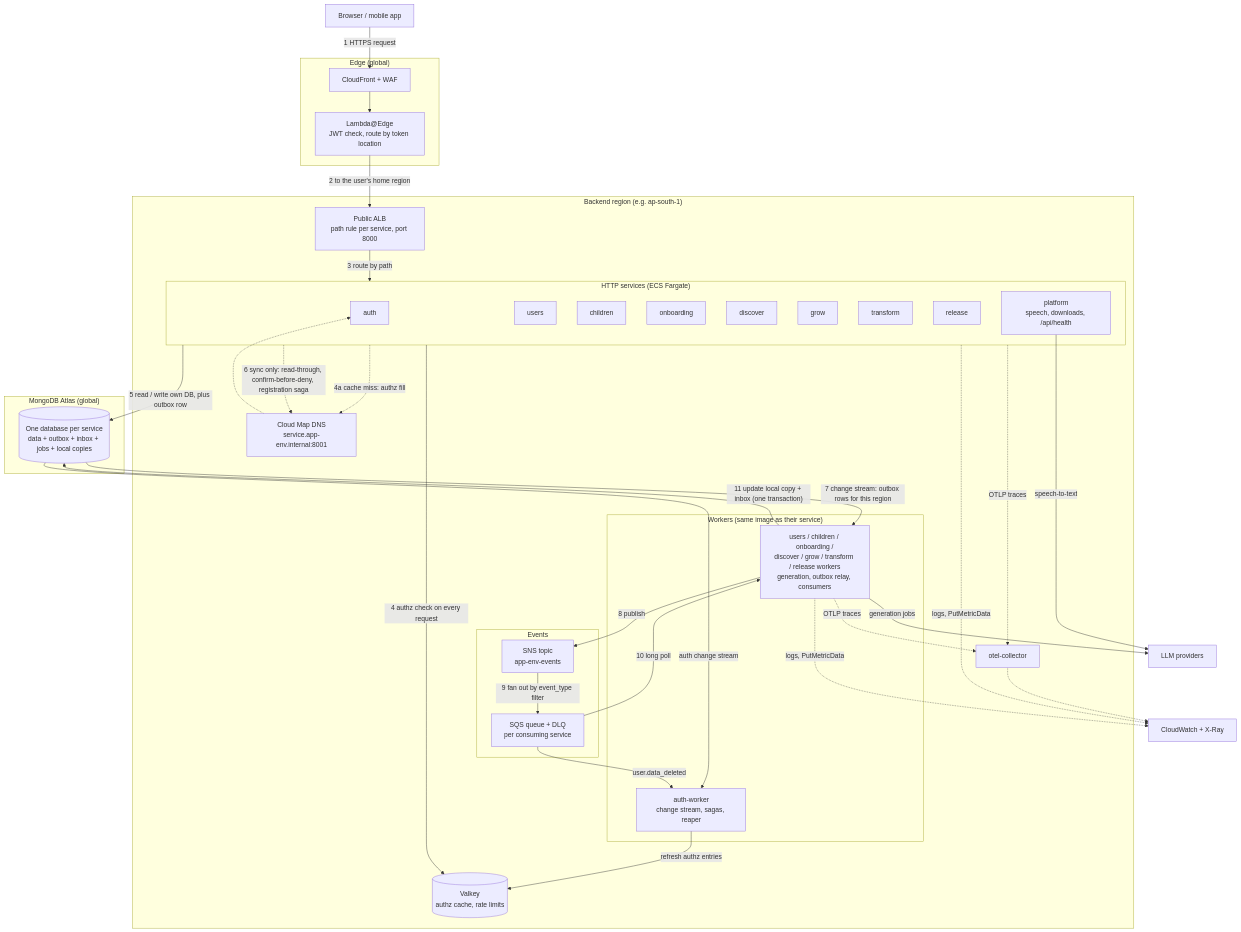
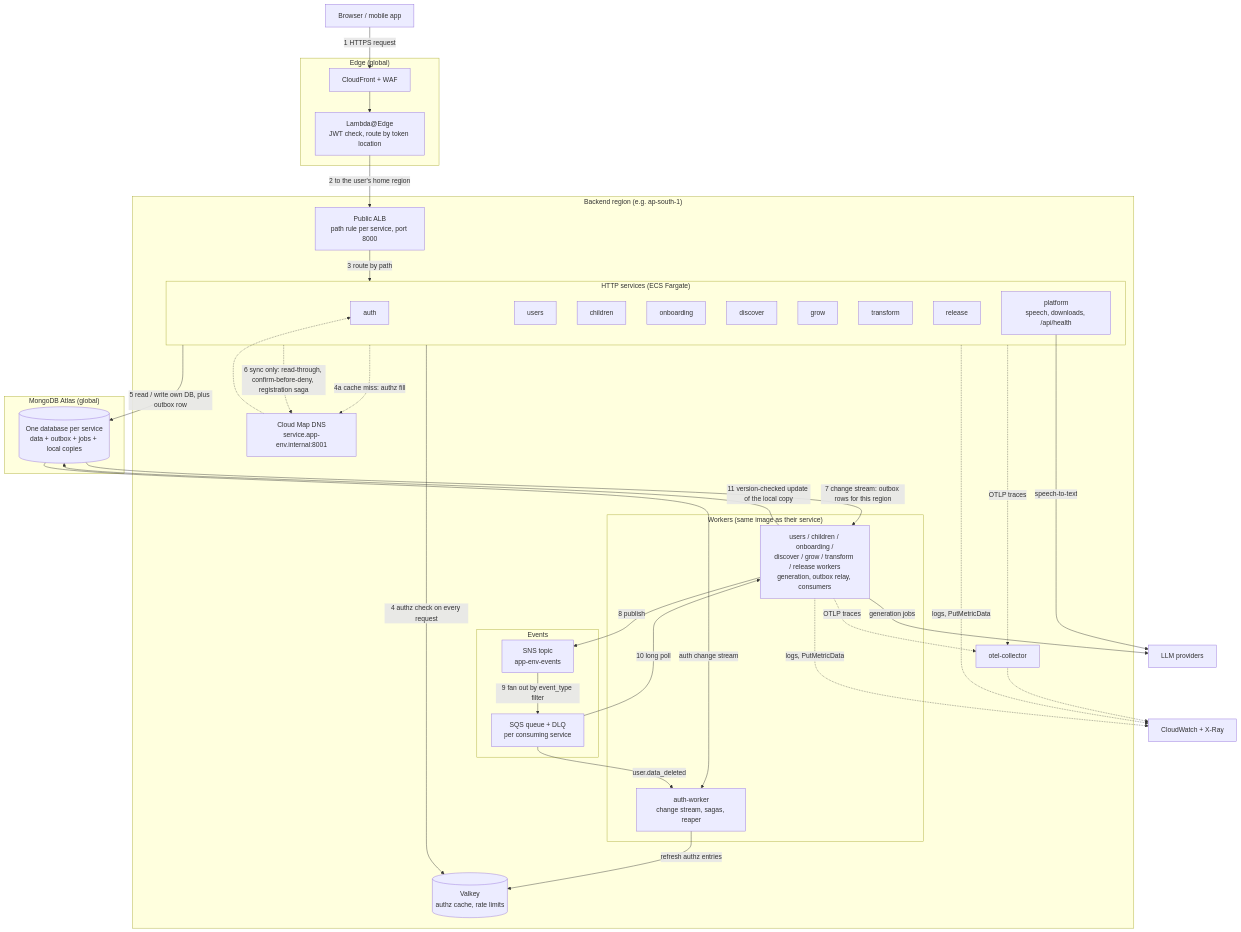
The second of 6 diagrams in docs/auth-users-split.md (pkprincekumar7/buddy-app), drawn with Mermaid before and after one commit. The commit also changed other lines of this file, not shown here.

````diff
--- a/docs/auth-users-split.md
+++ b/docs/auth-users-split.md
@@ -138,79 +138,79 @@
 ```mermaid
 flowchart TB
     user["Browser / mobile app"]
 
     subgraph edge["Edge (global)"]
         cf["CloudFront + WAF"]
         lae["Lambda@Edge<br/>JWT check, route by token location"]
     end
 
     subgraph region["Backend region (e.g. ap-south-1)"]
         alb["Public ALB<br/>path rule per service, port 8000"]
 
         subgraph http["HTTP services (ECS Fargate)"]
             auth["auth"]
             users["users"]
             children["children"]
             onboarding["onboarding"]
             discover["discover"]
             grow["grow"]
             transform["transform"]
             release["release"]
             platform["platform<br/>speech, downloads, /api/health"]
         end
 
         subgraph workers["Workers (same image as their service)"]
             authw["auth-worker<br/>change stream, sagas, reaper"]
             circlew["users / children / onboarding /<br/>discover / grow / transform / release workers<br/>generation, outbox relay, consumers"]
         end
 
         cmap["Cloud Map DNS<br/>service.app-env.internal:8001"]
         redis[("Valkey<br/>authz cache, rate limits")]
 
         subgraph bus["Events"]
             sns["SNS topic<br/>app-env-events"]
             sqs["SQS queue + DLQ<br/>per consuming service"]
         end
 
         otel["otel-collector"]
     end
 
     subgraph data["MongoDB Atlas (global)"]
-        dbs[("One database per service<br/>data + outbox + inbox + jobs + local copies")]
+        dbs[("One database per service<br/>data + outbox + jobs + local copies")]
     end
 
     llm["LLM providers"]
     obs["CloudWatch + X-Ray"]
 
     user -->|"1 HTTPS request"| cf
     cf --> lae
     lae -->|"2 to the user's home region"| alb
     alb -->|"3 route by path"| http
 
     http -->|"4 authz check on every request"| redis
     http -.->|"4a cache miss: authz fill"| cmap
     cmap -.-> auth
 
     http -->|"5 read / write own DB, plus outbox row"| dbs
 
     http -.->|"6 sync only: read-through, confirm-before-deny, registration saga"| cmap
 
     dbs -->|"7 change stream: outbox rows for this region"| circlew
     circlew -->|"8 publish"| sns
     sns -->|"9 fan out by event_type filter"| sqs
     sqs -->|"10 long poll"| circlew
-    circlew -->|"11 update local copy + inbox (one transaction)"| dbs
+    circlew -->|"11 version-checked update of the local copy"| dbs
 
     circlew -->|"generation jobs"| llm
     platform -->|"speech-to-text"| llm
 
     dbs -->|"auth change stream"| authw
     authw -->|"refresh authz entries"| redis
     sqs -->|"user.data_deleted"| authw
 
     http -.->|"OTLP traces"| otel
     circlew -.->|"OTLP traces"| otel
     otel -.-> obs
     http -.->|"logs, PutMetricData"| obs
     circlew -.->|"logs, PutMetricData"| obs
 ```
````
